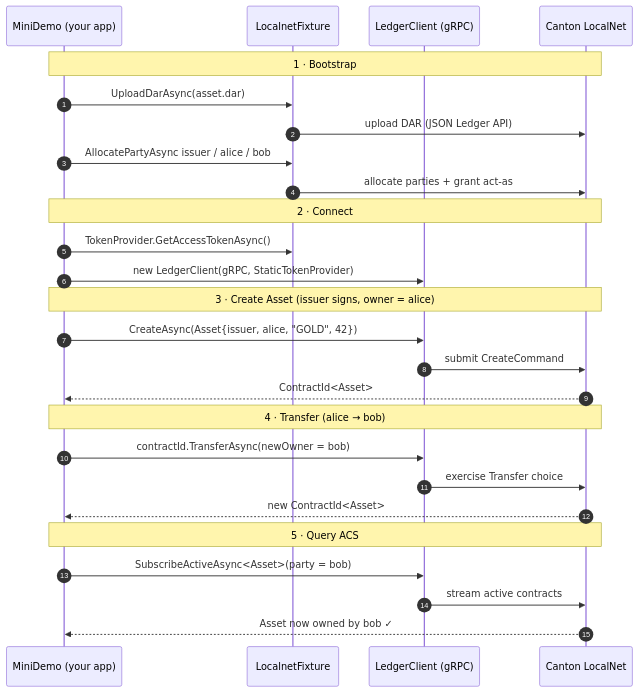
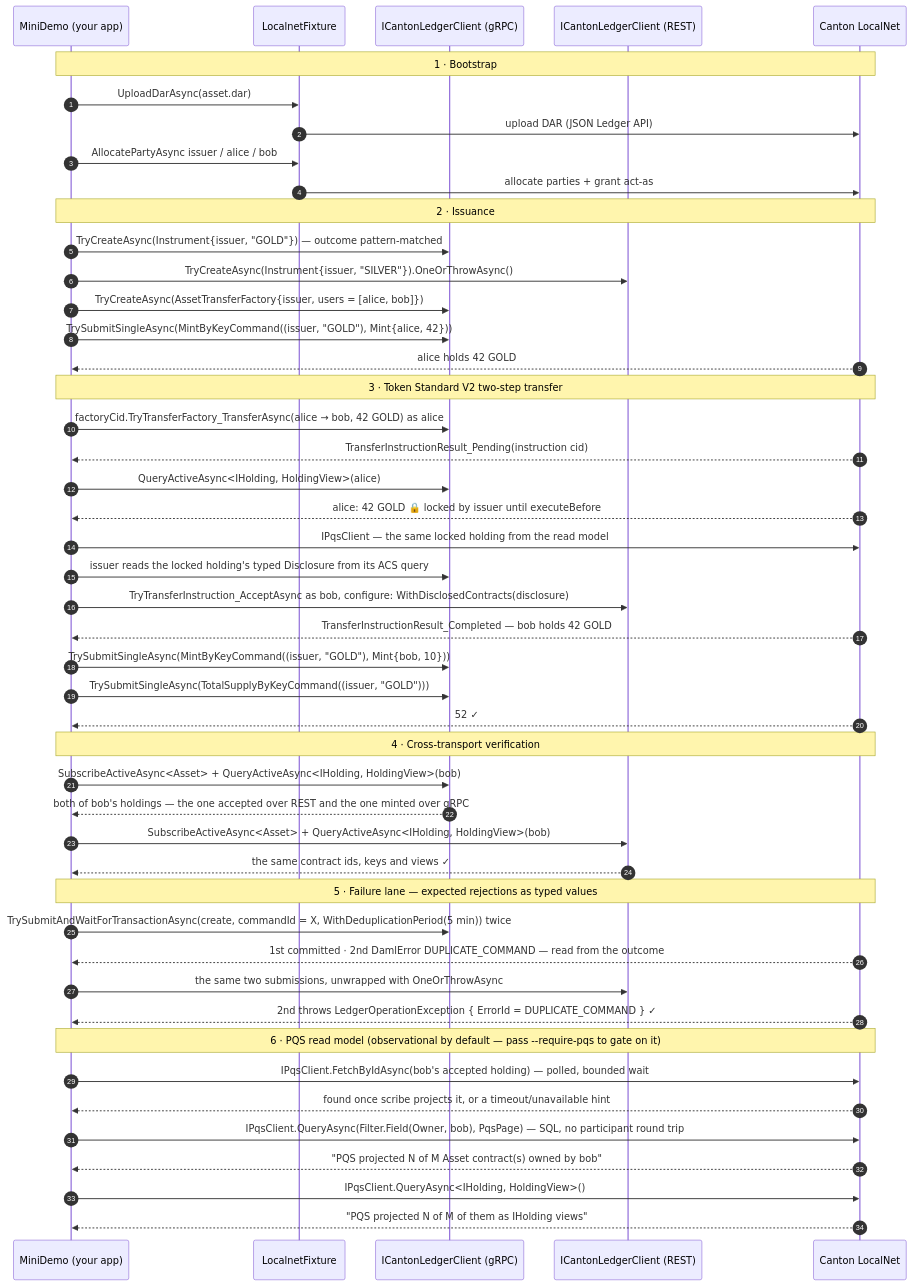
One commit to peacefulstudio/canton-dotnet-sdk-mini-demo changed the third of 3 diagrams in README.md. Above: the diagram before and after it, drawn with Mermaid. The commit also changed other lines of this file and 65 other files, not shown here.

````diff
--- a/README.md
+++ b/README.md
@@ -139,33 +174,55 @@
 ```mermaid
 sequenceDiagram
     autonumber
     participant App as MiniDemo (your app)
     participant Fx as LocalnetFixture
-    participant LC as LedgerClient (gRPC)
+    participant G as ICantonLedgerClient (gRPC)
+    participant R as ICantonLedgerClient (REST)
     participant Net as Canton LocalNet
 
     Note over App,Net: 1 · Bootstrap
     App->>Fx: UploadDarAsync(asset.dar)
     Fx->>Net: upload DAR (JSON Ledger API)
     App->>Fx: AllocatePartyAsync issuer / alice / bob
     Fx->>Net: allocate parties + grant act-as
 
-    Note over App,Net: 2 · Connect
-    App->>Fx: TokenProvider.GetAccessTokenAsync()
-    App->>LC: new LedgerClient(gRPC, StaticTokenProvider)
+    Note over App,Net: 2 · Issuance
+    App->>G: TryCreateAsync(Instrument{issuer, "GOLD"}) — outcome pattern-matched
+    App->>R: TryCreateAsync(Instrument{issuer, "SILVER"}).OneOrThrowAsync()
+    App->>G: TryCreateAsync(AssetTransferFactory{issuer, users = [alice, bob]})
+    App->>G: TrySubmitSingleAsync(MintByKeyCommand((issuer, "GOLD"), Mint{alice, 42}))
+    Net-->>App: alice holds 42 GOLD
 
-    Note over App,Net: 3 · Create Asset (issuer signs, owner = alice)
-    App->>LC: CreateAsync(Asset{issuer, alice, "GOLD", 42})
-    LC->>Net: submit CreateCommand
-    Net-->>App: ContractId<Asset>
+    Note over App,Net: 3 · Token Standard V2 two-step transfer
+    App->>G: factoryCid.TryTransferFactory_TransferAsync(alice → bob, 42 GOLD) as alice
+    Net-->>App: TransferInstructionResult_Pending(instruction cid)
+    App->>G: QueryActiveAsync<IHolding, HoldingView>(alice)
+    Net-->>App: alice: 42 GOLD 🔒 locked by issuer until executeBefore
+    App->>Net: IPqsClient — the same locked holding from the read model
+    App->>G: issuer reads the locked holding's typed Disclosure from its ACS query
+    App->>R: TryTransferInstruction_AcceptAsync as bob, configure: WithDisclosedContracts(disclosure)
+    Net-->>App: TransferInstructionResult_Completed — bob holds 42 GOLD
+    App->>G: TrySubmitSingleAsync(MintByKeyCommand((issuer, "GOLD"), Mint{bob, 10}))
+    App->>G: TrySubmitSingleAsync(TotalSupplyByKeyCommand((issuer, "GOLD")))
+    Net-->>App: 52 ✓
 
-    Note over App,Net: 4 · Transfer (alice → bob)
-    App->>LC: contractId.TransferAsync(newOwner = bob)
-    LC->>Net: exercise Transfer choice
-    Net-->>App: new ContractId<Asset>
+    Note over App,Net: 4 · Cross-transport verification
+    App->>G: SubscribeActiveAsync<Asset> + QueryActiveAsync<IHolding, HoldingView>(bob)
+    G-->>App: both of bob's holdings — the one accepted over REST and the one minted over gRPC
+    App->>R: SubscribeActiveAsync<Asset> + QueryActiveAsync<IHolding, HoldingView>(bob)
+    R-->>App: the same contract ids, keys and views ✓
 
-    Note over App,Net: 5 · Query ACS
-    App->>LC: SubscribeActiveAsync<Asset>(party = bob)
-    LC->>Net: stream active contracts
-    Net-->>App: Asset now owned by bob ✓
+    Note over App,Net: 5 · Failure lane — expected rejections as typed values
+    App->>G: TrySubmitAndWaitForTransactionAsync(create, commandId = X, WithDeduplicationPeriod(5 min)) twice
+    Net-->>App: 1st committed · 2nd DamlError DUPLICATE_COMMAND — read from the outcome
+    App->>R: the same two submissions, unwrapped with OneOrThrowAsync
+    Net-->>App: 2nd throws LedgerOperationException { ErrorId = DUPLICATE_COMMAND } ✓
+
+    Note over App,Net: 6 · PQS read model (observational by default — pass --require-pqs to gate on it)
+    App->>Net: IPqsClient.FetchByIdAsync(bob's accepted holding) — polled, bounded wait
+    Net-->>App: found once scribe projects it, or a timeout/unavailable hint
+    App->>Net: IPqsClient.QueryAsync(Filter.Field(Owner, bob), PqsPage) — SQL, no participant round trip
+    Net-->>App: "PQS projected N of M Asset contract(s) owned by bob"
+    App->>Net: IPqsClient.QueryAsync<IHolding, HoldingView>()
+    Net-->>App: "PQS projected N of M of them as IHolding views"
 ```
````
